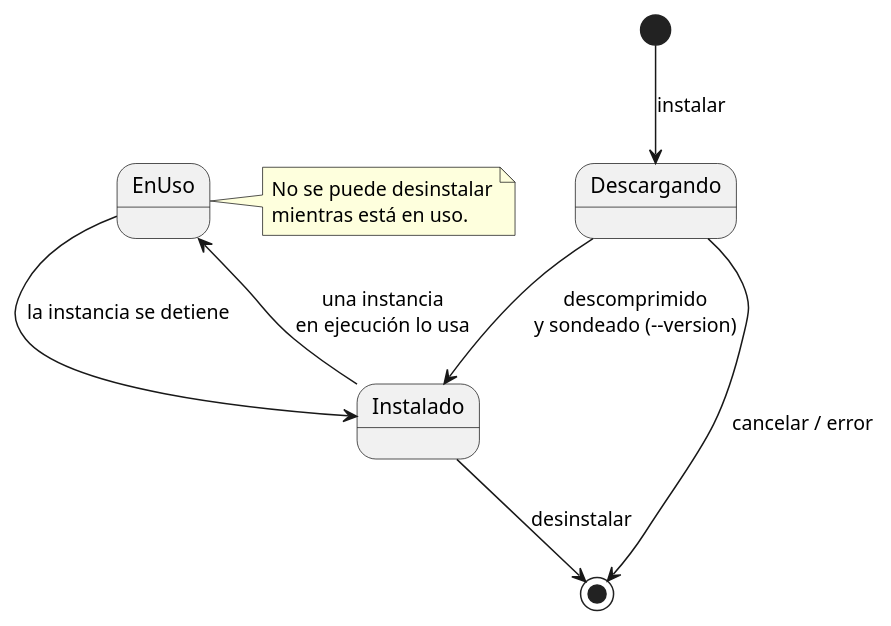
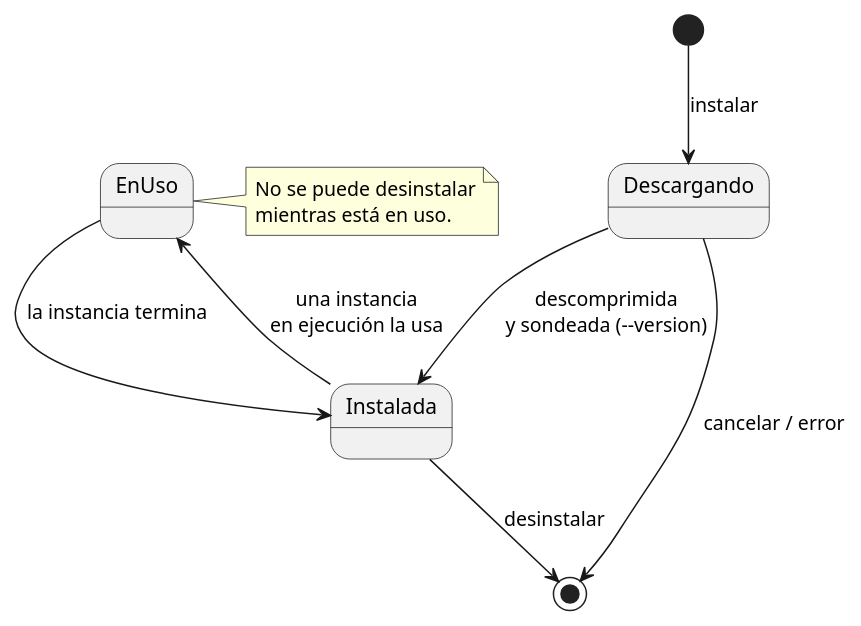
Before and after one commit to mstranich/coquena: the second of 2 diagrams in docs/estados.md, drawn with PlantUML. The commit also changed other lines of this file and 7 other files, not shown here.

````diff
--- a/docs/estados.md
+++ b/docs/estados.md
@@ -41,14 +37,14 @@
 ```plantuml
 @startuml
 [*] --> Descargando : instalar
-Descargando --> Instalado : descomprimido\ny sondeado (--version)
+Descargando --> Instalada : descomprimida\ny sondeada (--version)
 Descargando --> [*] : cancelar / error
-Instalado --> EnUso : una instancia\nen ejecución lo usa
-EnUso --> Instalado : la instancia se detiene
-Instalado --> [*] : desinstalar
+Instalada --> EnUso : una instancia\nen ejecución la usa
+EnUso --> Instalada : la instancia termina
+Instalada --> [*] : desinstalar
 note right of EnUso
   No se puede desinstalar
   mientras está en uso.
 end note
 @enduml
 ```
````
